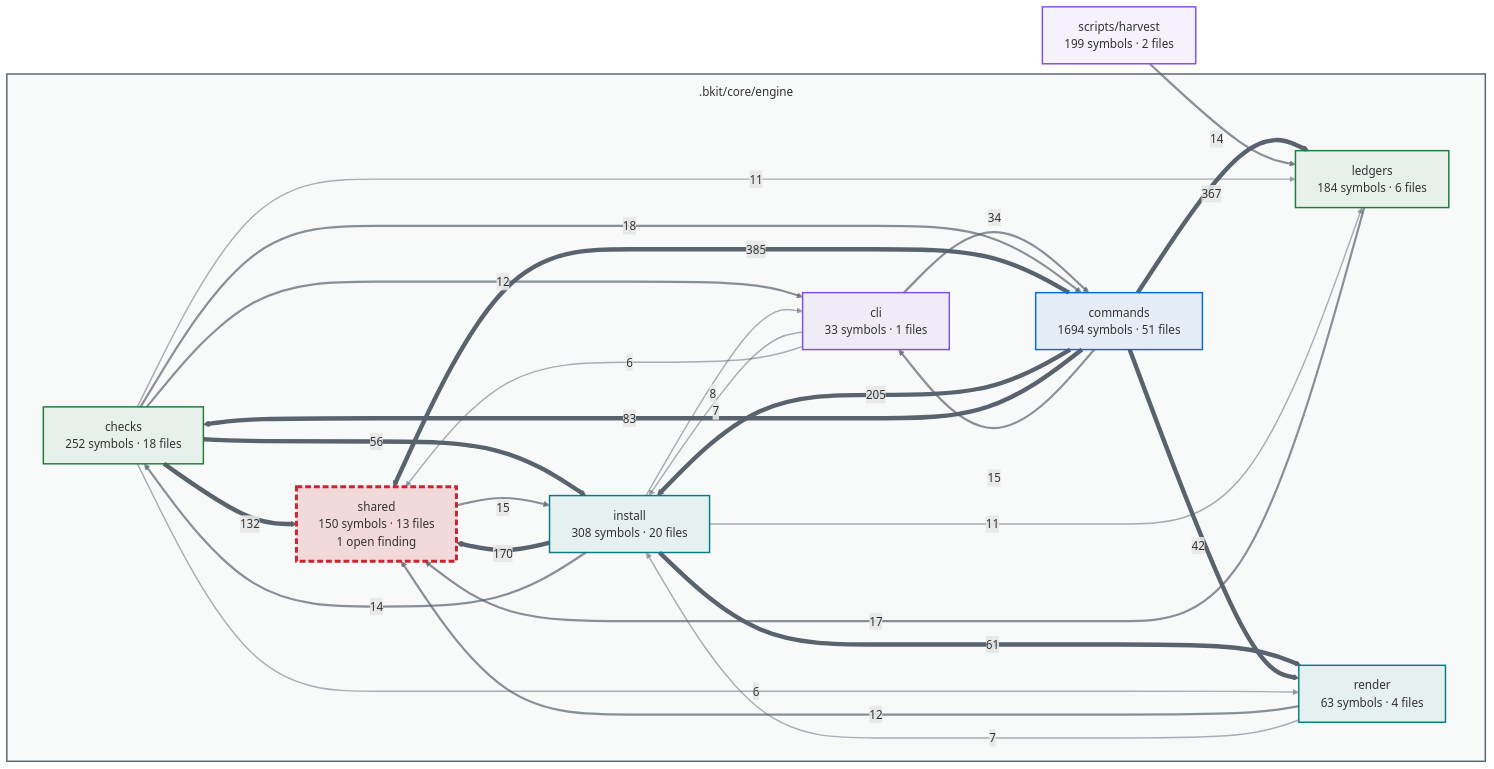
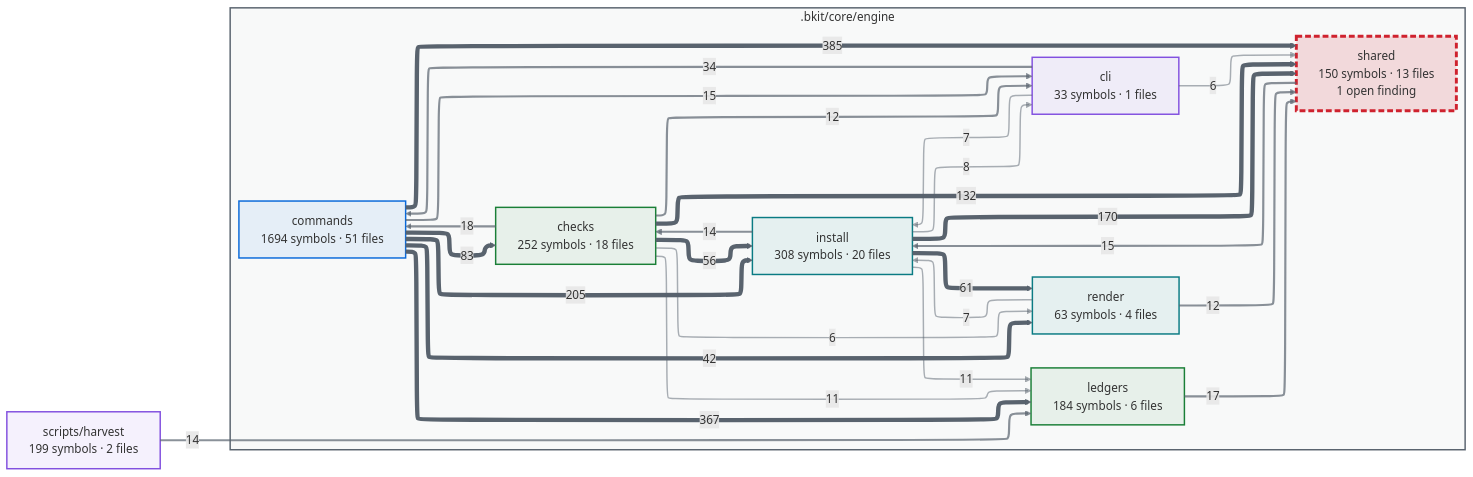
Before and after one commit to cbartens/bkit: the first of 2 diagrams in docs/capabilities.md, drawn with Mermaid. The commit also changed other lines of this file and 3 other files, not shown here.

Commit message:
fix(graphify): restore original ELK diagram settings

````diff
--- a/docs/capabilities.md
+++ b/docs/capabilities.md
@@ -154,15 +154,10 @@
 ```mermaid
 ---
 config:
-  layout: dagre
+  layout: elk
   themeCSS: "marker { overflow: visible; } marker path { transform: scale(1.8); transform-origin: 5px 5px; }"
   flowchart:
     useMaxWidth: false
-    nodeSpacing: 80
-    rankSpacing: 100
-    subGraphTitleMargin:
-      top: 12
-      bottom: 24
 ---
 flowchart LR
   %% Generated by bkit-graphify-rollup.py — do not edit
````
